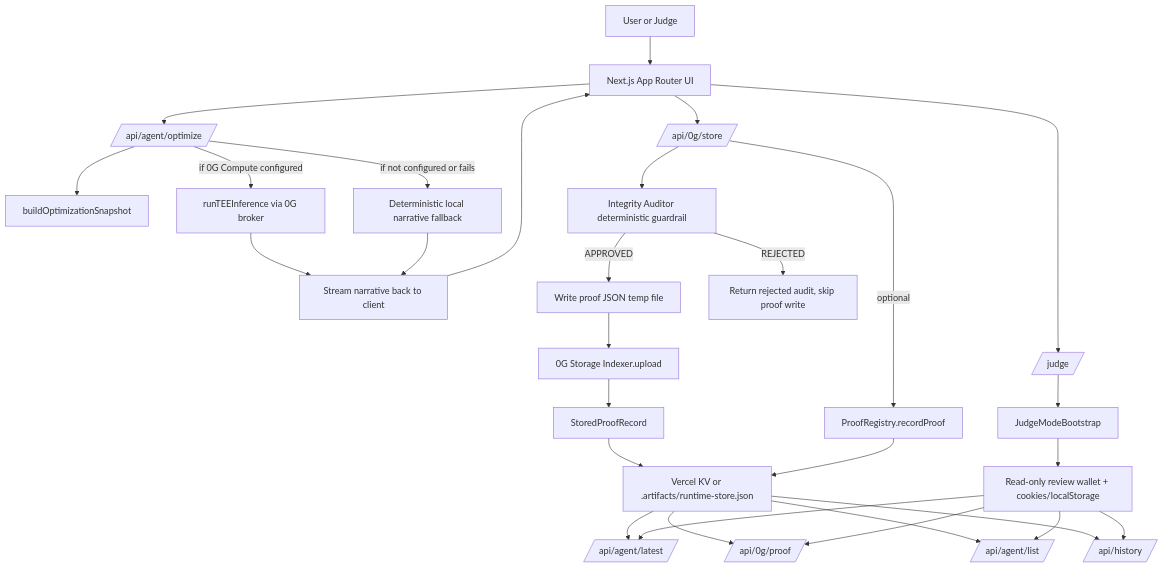
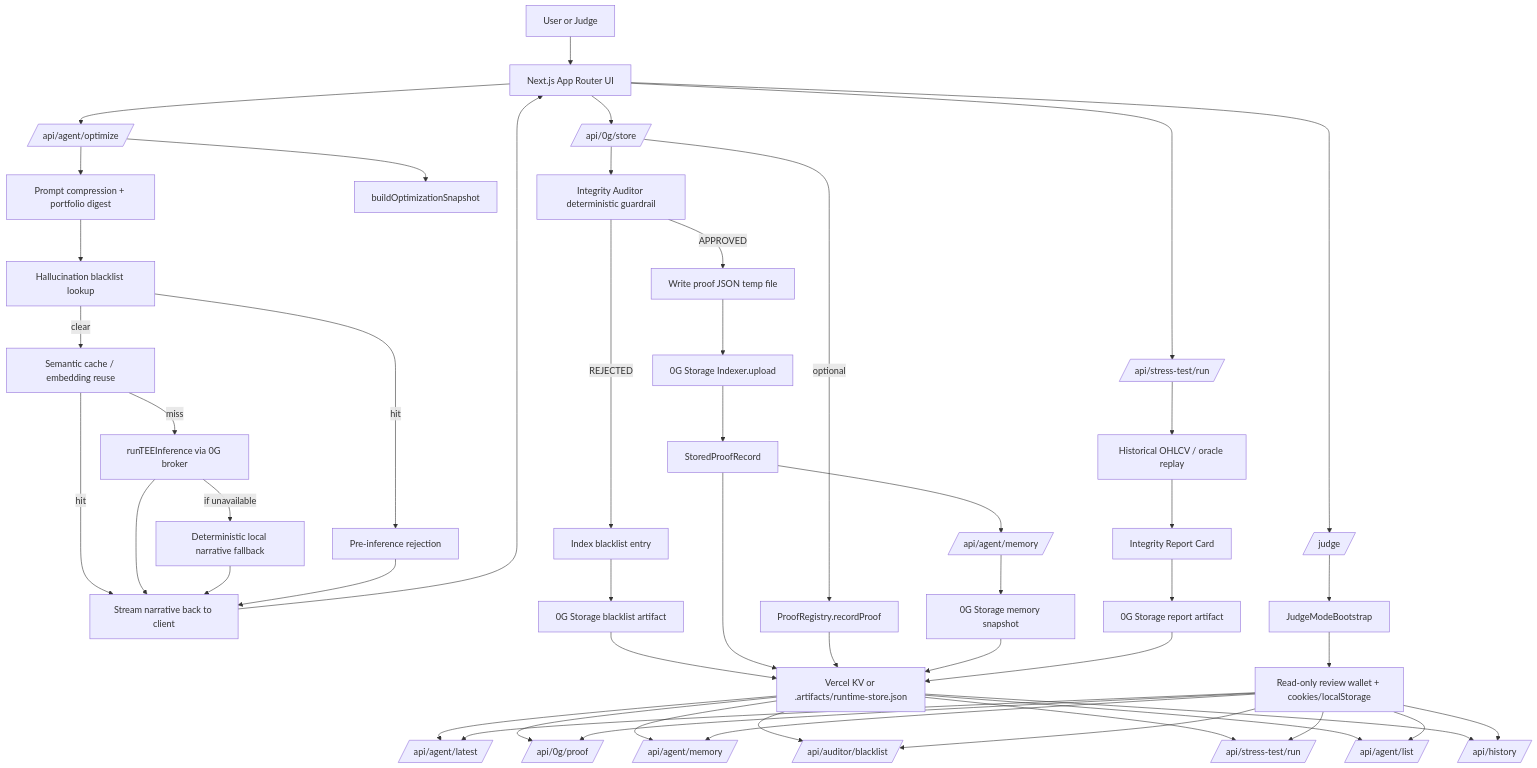
The diagram in README.md (clawhubs/yieldboost), drawn with Mermaid before and after one commit. The commit also changed other lines of this file and 23 other files, not shown here.

Commit message:
Add 0G integrity memory stack

````diff
--- a/README.md
+++ b/README.md
@@ -142,36 +200,59 @@
 ```mermaid
 flowchart TD
     U[User or Judge] --> UI[Next.js App Router UI]
 
     UI --> OPT[/api/agent/optimize/]
+    OPT --> COMPRESS[Prompt compression + portfolio digest]
+    COMPRESS --> PRECHECK[Hallucination blacklist lookup]
+    PRECHECK -->|hit| BLOCKED[Pre-inference rejection]
+    PRECHECK -->|clear| CACHE[Semantic cache / embedding reuse]
     OPT --> SNAP[buildOptimizationSnapshot]
-    OPT -->|if 0G Compute configured| TEE[runTEEInference via 0G broker]
-    OPT -->|if not configured or fails| FALLBACK[Deterministic local narrative fallback]
+    CACHE -->|miss| TEE[runTEEInference via 0G broker]
+    CACHE -->|hit| STREAM
+    TEE -->|if unavailable| FALLBACK[Deterministic local narrative fallback]
     TEE --> STREAM[Stream narrative back to client]
     FALLBACK --> STREAM
+    BLOCKED --> STREAM
     STREAM --> UI
 
     UI --> STORE[/api/0g/store/]
     STORE --> AUDIT[Integrity Auditor deterministic guardrail]
     AUDIT -->|APPROVED| JSON[Write proof JSON temp file]
-    AUDIT -->|REJECTED| BLOCK[Return rejected audit, skip proof write]
+    AUDIT -->|REJECTED| BLWRITE[Index blacklist entry]
+    BLWRITE --> BLSTORE[0G Storage blacklist artifact]
+    BLSTORE --> RUNTIME
     JSON --> ZGS[0G Storage Indexer.upload]
     ZGS --> PROOF[StoredProofRecord]
     STORE -->|optional| REG[ProofRegistry.recordProof]
+    PROOF --> MEMORY[/api/agent/memory/]
+    MEMORY --> MEMSTORE[0G Storage memory snapshot]
 
     PROOF --> RUNTIME[Vercel KV or .artifacts/runtime-store.json]
     REG --> RUNTIME
+    MEMSTORE --> RUNTIME
+
+    UI --> STRESS[/api/stress-test/run/]
+    STRESS --> HIST[Historical OHLCV / oracle replay]
+    HIST --> REPORT[Integrity Report Card]
+    REPORT --> REPORTSTORE[0G Storage report artifact]
+    REPORTSTORE --> RUNTIME
 
     RUNTIME --> LATEST[/api/agent/latest/]
     RUNTIME --> PROOFAPI[/api/0g/proof/]
+    RUNTIME --> MEMORYAPI[/api/agent/memory/]
+    RUNTIME --> BLACKLISTAPI[/api/auditor/blacklist/]
+    RUNTIME --> STRESSAPI[/api/stress-test/run/]
     RUNTIME --> LIST[/api/agent/list/]
     RUNTIME --> HISTORY[/api/history/]
 
     UI --> JUDGE[/judge/]
     JUDGE --> BOOT[JudgeModeBootstrap]
     BOOT --> REVIEW[Read-only review wallet + cookies/localStorage]
     REVIEW --> LATEST
     REVIEW --> PROOFAPI
+    REVIEW --> MEMORYAPI
+    REVIEW --> BLACKLISTAPI
+    REVIEW --> STRESSAPI
     REVIEW --> HISTORY
     REVIEW --> LIST
 ```
````
